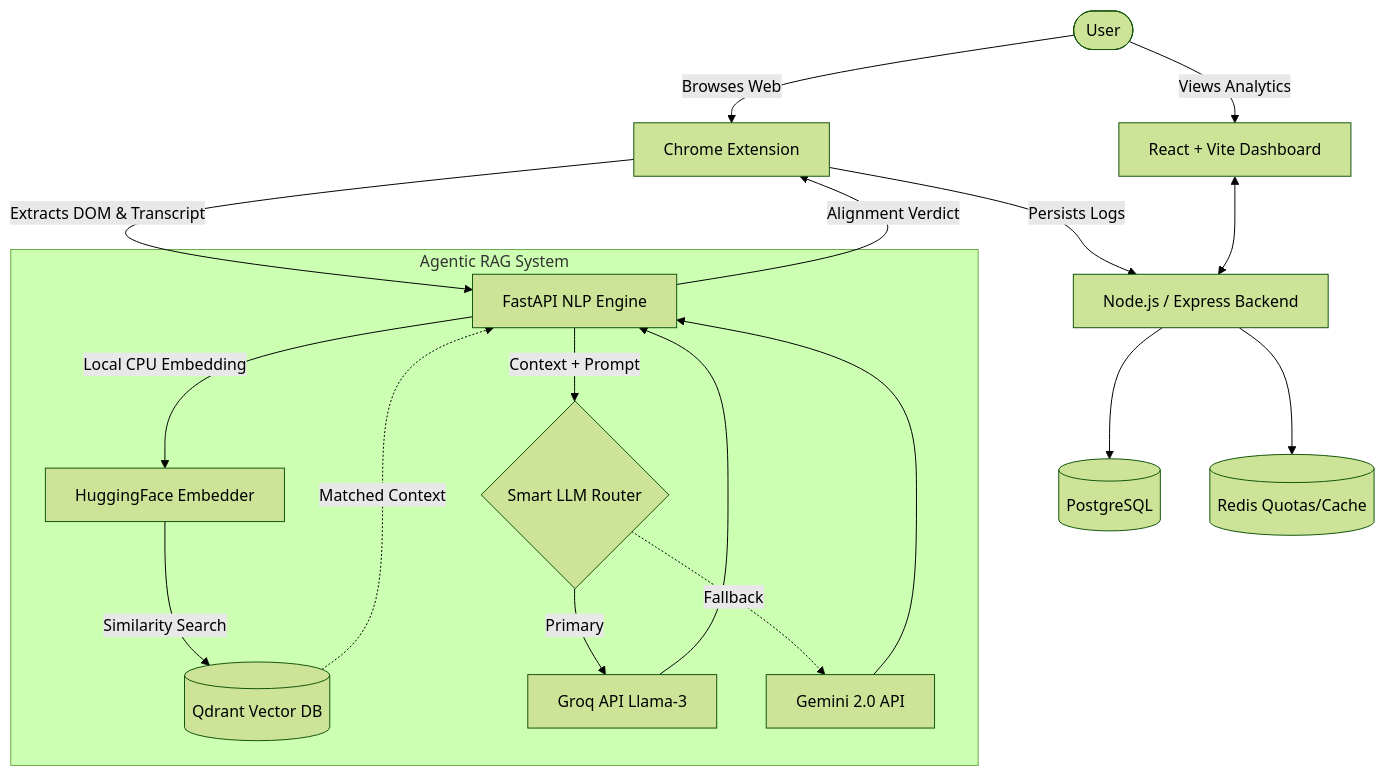
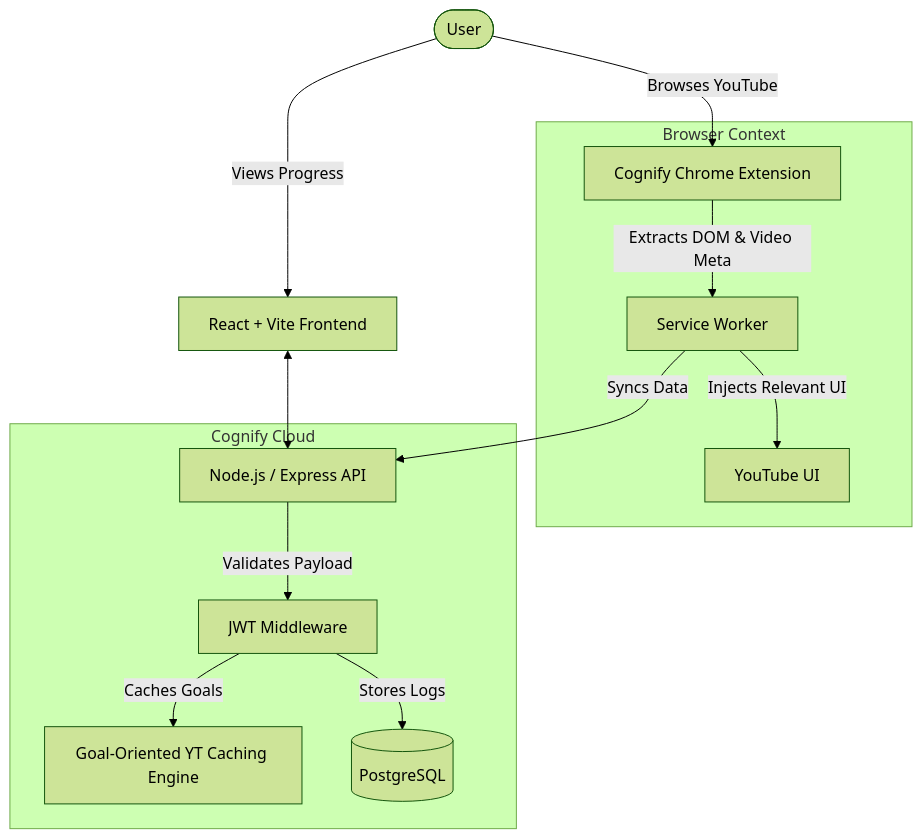
Before and after one commit to harshitnub077/Cognify: the first of 2 diagrams in README.md, drawn with Mermaid (forest theme). The commit also changed other lines of this file, not shown here.

Commit message:
docs: Completely revamp README with professional ER diagram and project architecture

````diff
--- a/README.md
+++ b/README.md
@@ -13,26 +36,19 @@
 ```mermaid
 graph TD
-    User([User]) --> |Browses Web| Ext[Chrome Extension]
-    Ext --> |Extracts DOM & Transcript| NLP[FastAPI NLP Engine]
+    User([User]) --> |Browses YouTube| Ext[Cognify Chrome Extension]
     
-    subgraph Agentic RAG System
-        NLP --> |Local CPU Embedding| Embed[HuggingFace Embedder]
-        Embed --> |Similarity Search| Qdrant[(Qdrant Vector DB)]
-        Qdrant -.-> |Matched Context| NLP
-        NLP --> |Context + Prompt| Router{Smart LLM Router}
-        Router --> |Primary| Groq[Groq API Llama-3]
-        Router -.-> |Fallback| Gemini[Gemini 2.0 API]
+    subgraph Browser Context
+        Ext --> |Extracts DOM & Video Meta| ExtBg[Service Worker]
+        ExtBg --> |Injects Relevant UI| DOM[YouTube UI]
     end
     
-    Groq --> NLP
-    Gemini --> NLP
+    subgraph Cognify Cloud
+        ExtBg --> |Syncs Data| API[Node.js / Express API]
+        API --> |Validates Payload| Auth[JWT Middleware]
+        Auth --> |Caches Goals| YTScraper[Goal-Oriented YT Caching Engine]
+        Auth --> |Stores Logs| DB[(PostgreSQL)]
+    end
     
-    NLP --> |Alignment Verdict| Ext
-    
-    Ext --> |Persists Logs| Backend[Node.js / Express Backend]
-    Backend --> DB[(PostgreSQL)]
-    Backend --> Redis[(Redis Quotas/Cache)]
-    
-    User --> |Views Analytics| Frontend[React + Vite Dashboard]
-    Frontend <--> Backend
+    User --> |Views Progress| Dashboard[React + Vite Frontend]
+    Dashboard <--> API
 ```
````
